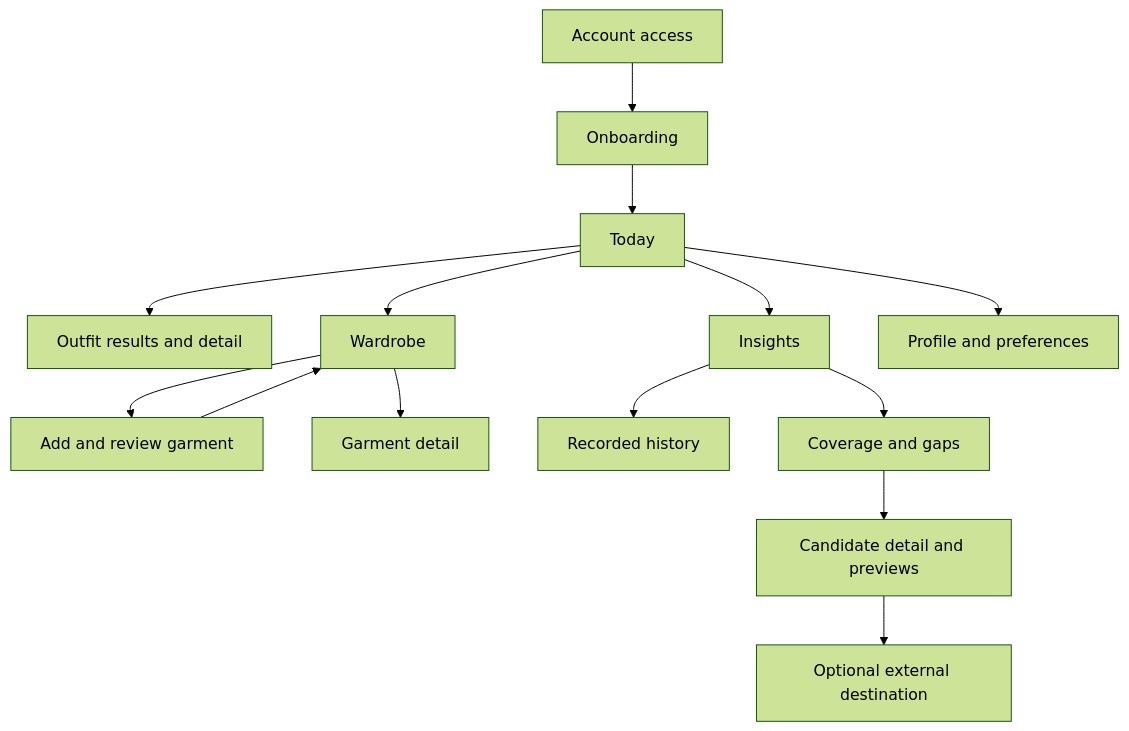
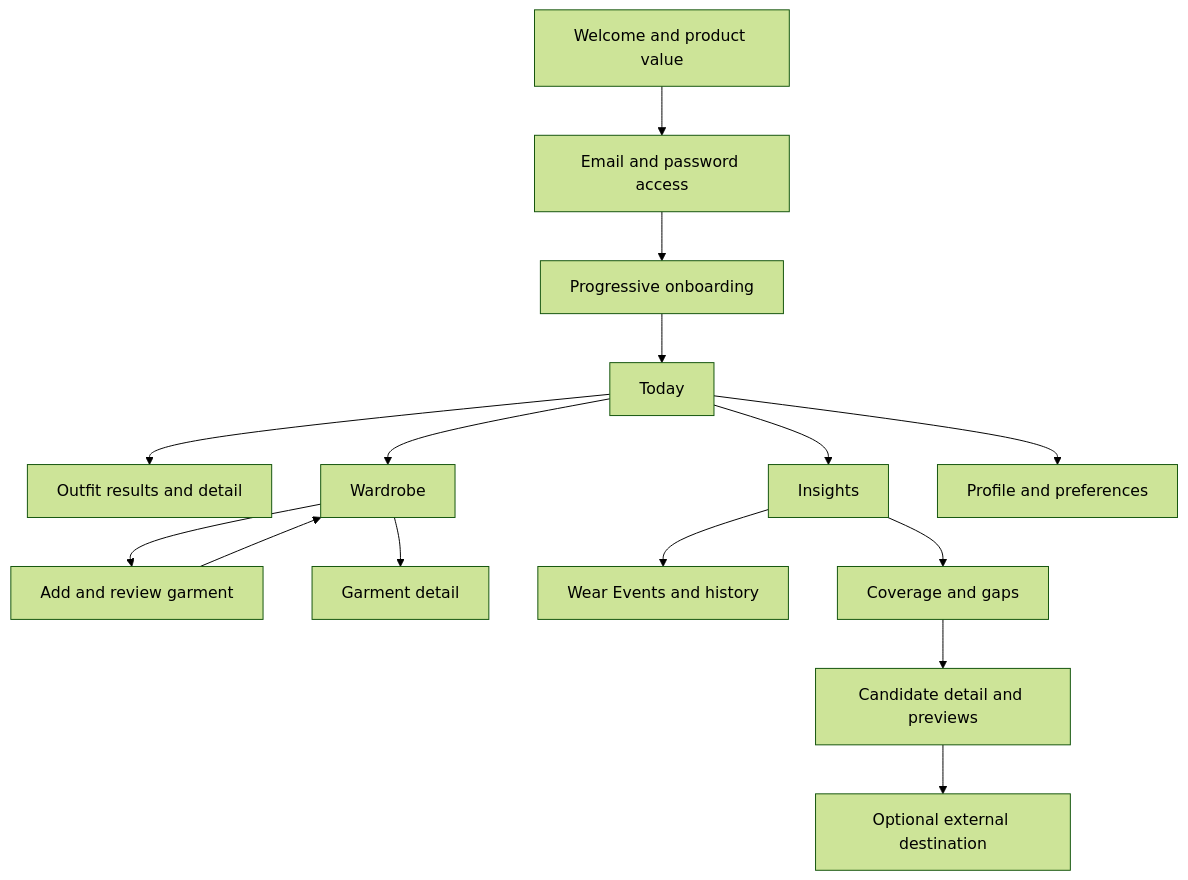
The first of 3 diagrams in docs/02-product/PRD.md (luubinhdeptrai/CapsuleAI), drawn with Mermaid (forest theme) before and after one commit. The commit also changed other lines of this file and 1 other file, not shown here.

````diff
--- a/docs/02-product/PRD.md
+++ b/docs/02-product/PRD.md
@@ -151,16 +155,17 @@
 ```mermaid
 flowchart TD
-    Access["Account access"] --> Setup["Onboarding"]
+    Welcome["Welcome and product value"] --> Access["Email and password access"]
+    Access --> Setup["Progressive onboarding"]
     Setup --> Today["Today"]
     Today --> Results["Outfit results and detail"]
     Today --> Wardrobe["Wardrobe"]
     Wardrobe --> Add["Add and review garment"]
     Add --> Wardrobe
     Wardrobe --> Detail["Garment detail"]
     Today --> Insights["Insights"]
-    Insights --> History["Recorded history"]
+    Insights --> History["Wear Events and history"]
     Insights --> Coverage["Coverage and gaps"]
     Coverage --> Candidate["Candidate detail and previews"]
     Candidate --> External["Optional external destination"]
     Today --> Profile["Profile and preferences"]
 ```
````
